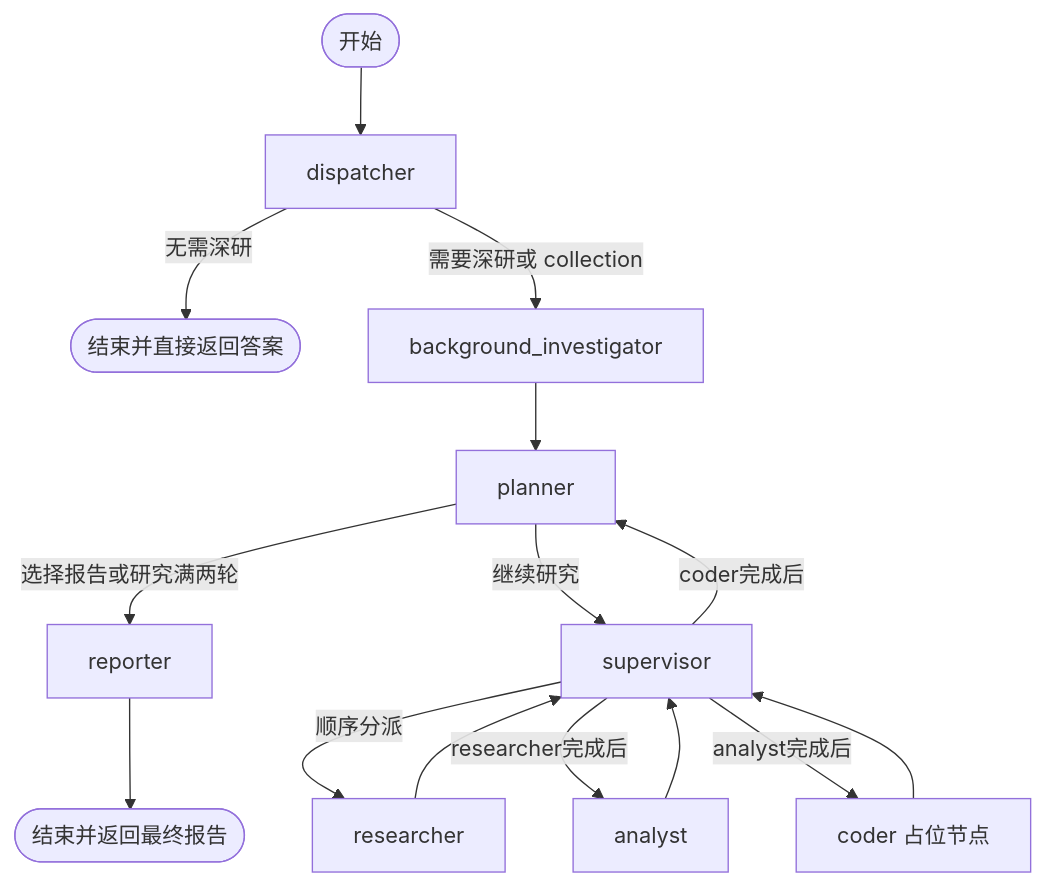
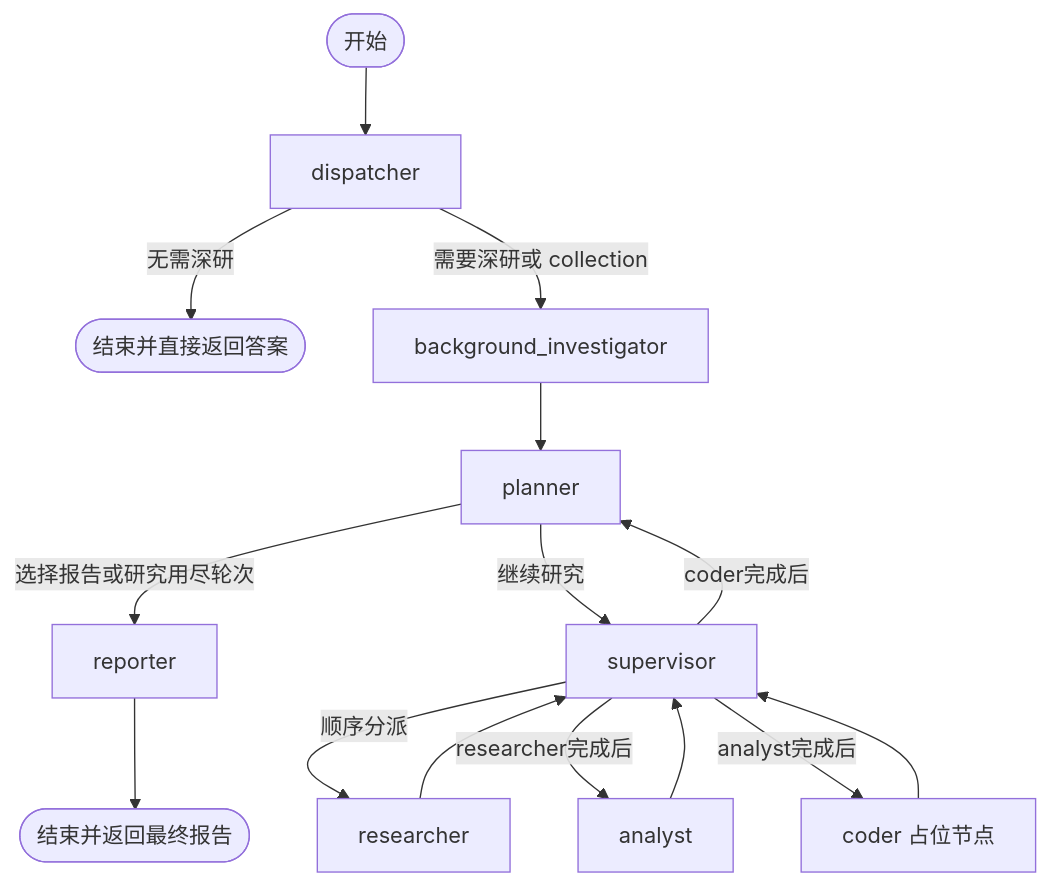
The diagram in src/agents/README.md (iJA774/Tufa-Scholar), drawn with Mermaid before and after one commit. The commit also changed other lines of this file and 26 other files, not shown here.

````diff
--- a/src/agents/README.md
+++ b/src/agents/README.md
@@ -7,17 +7,17 @@
 ```mermaid
 flowchart TD
     S([开始]) --> D[dispatcher]
     D -- 无需深研 --> E([结束并直接返回答案])
     D -- 需要深研或 collection --> B[background_investigator]
     B --> P[planner]
-    P -- 选择报告或研究满两轮 --> R[reporter]
+    P -- 选择报告或研究用尽轮次 --> R[reporter]
     P -- 继续研究 --> U[supervisor]
     U -- 顺序分派 --> X[researcher]
     X --> U
     U -- researcher完成后 --> A[analyst]
     A --> U
     U -- analyst完成后 --> C[coder 占位节点]
     C --> U
     U -- coder完成后 --> P
     R --> E2([结束并返回最终报告])
 ```
````
